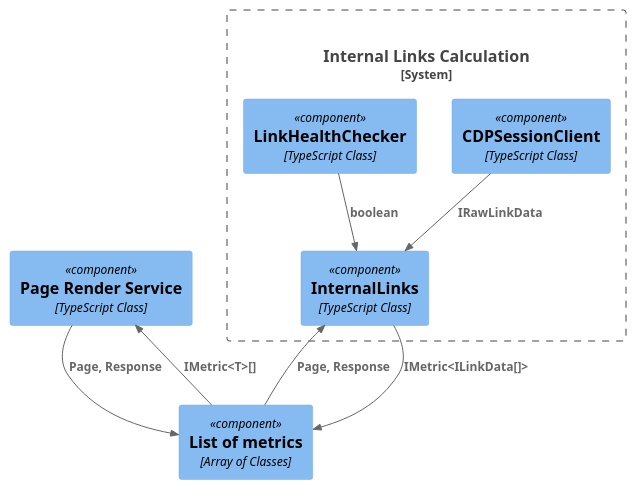
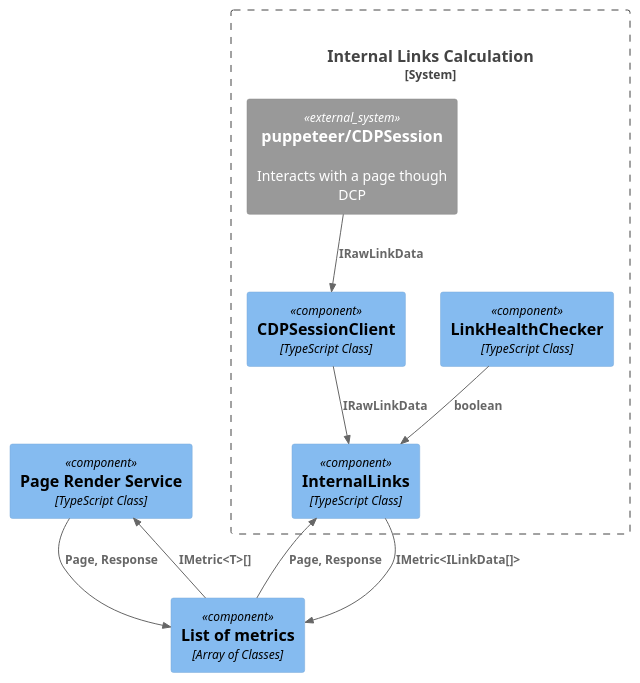
The diagram in designs/metrics/internal-links.puml (ali-habibzadeh/top10-seo-list-for-developers), drawn with PlantUML before and after one commit. The commit also changed 1 other file, not shown here.

```diff
--- a/designs/metrics/internal-links.puml
+++ b/designs/metrics/internal-links.puml
@@ -1,23 +1,27 @@
 @startuml internal-links
 !includeurl https://raw.githubusercontent.com/RicardoNiepel/C4-PlantUML/release/1-0/C4.puml
 !includeurl https://raw.githubusercontent.com/RicardoNiepel/C4-PlantUML/release/1-0/C4_Container.puml
 !includeurl https://raw.githubusercontent.com/RicardoNiepel/C4-PlantUML/release/1-0/C4_Context.puml
 !includeurl https://raw.githubusercontent.com/RicardoNiepel/C4-PlantUML/release/1-0/C4_Component.puml
 
 Component(PageRenderService, "Page Render Service", "TypeScript Class")
 Component(metricsList, "List of metrics", "Array of Classes")
 
 
 System_Boundary(InternalLinksCalculation, "Internal Links Calculation") {
     Component(InternalLinks, "InternalLinks", "TypeScript Class")
     Component(CDPSessionClient, "CDPSessionClient", "TypeScript Class")
     Component(LinkHealthChecker, "LinkHealthChecker", "TypeScript Class")
+
+    System_Ext(puppeteer, "puppeteer/CDPSession", "Interacts with a page though DCP")
+
     Rel(metricsList, PageRenderService, "IMetric<T>[]")
     Rel(PageRenderService, metricsList, "Page, Response")
     Rel(InternalLinks, metricsList, "IMetric<ILinkData[]>")
     Rel(metricsList, InternalLinks, "Page, Response")
     Rel(CDPSessionClient, InternalLinks, "IRawLinkData")
+    Rel(puppeteer, CDPSessionClient, "IRawLinkData")
     Rel(LinkHealthChecker, InternalLinks, "boolean")
 }
 
 @enduml
```
